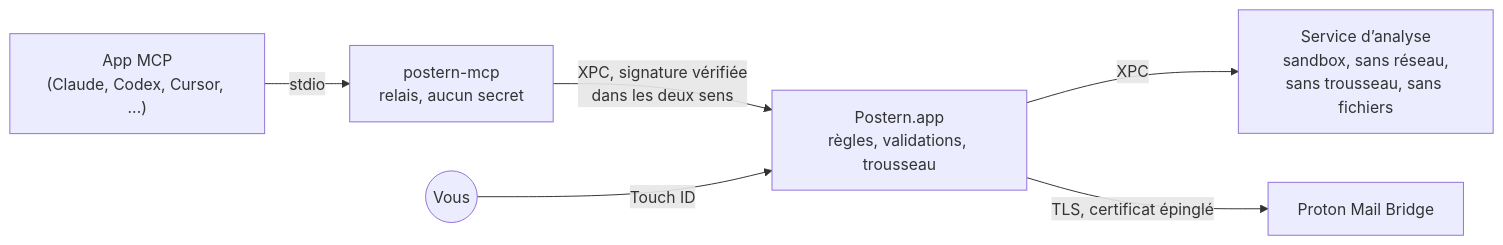
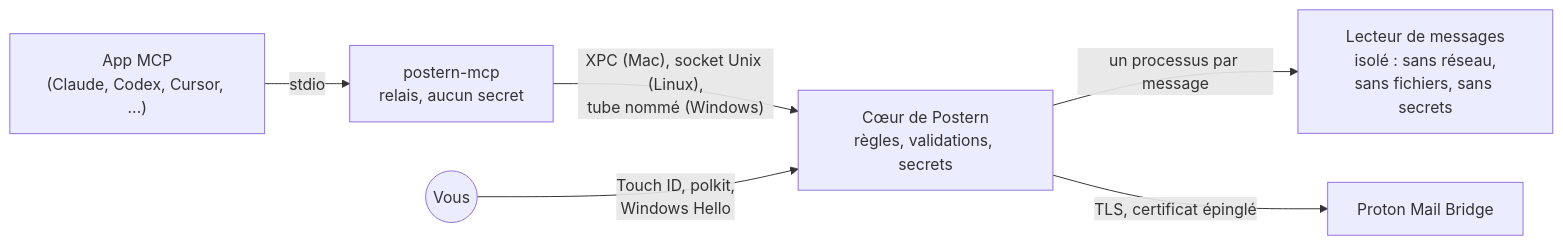
Before and after one commit to ruben4reall/postern: the diagram in README.fr.md, drawn with Mermaid. The commit also changed other lines of this file and 30 other files, not shown here.

````diff
--- a/README.fr.md
+++ b/README.fr.md
@@ -374,8 +402,8 @@
 ```mermaid
 flowchart LR
     client["App MCP<br>(Claude, Codex, Cursor, ...)"] -- "stdio" --> relay["postern-mcp<br>relais, aucun secret"]
-    relay -- "XPC, signature vérifiée<br>dans les deux sens" --> core["Postern.app<br>règles, validations, trousseau"]
-    core -- "XPC" --> parser["Service d’analyse<br>sandbox, sans réseau,<br>sans trousseau, sans fichiers"]
+    relay -- "XPC (Mac), socket Unix (Linux),<br>tube nommé (Windows)" --> core["Cœur de Postern<br>règles, validations, secrets"]
+    core -- "un processus par message" --> parser["Lecteur de messages<br>isolé : sans réseau,<br>sans fichiers, sans secrets"]
     core -- "TLS, certificat épinglé" --> bridge["Proton Mail Bridge"]
-    you(("Vous")) -- "Touch ID" --> core
+    you(("Vous")) -- "Touch ID, polkit,<br>Windows Hello" --> core
 ```
````
